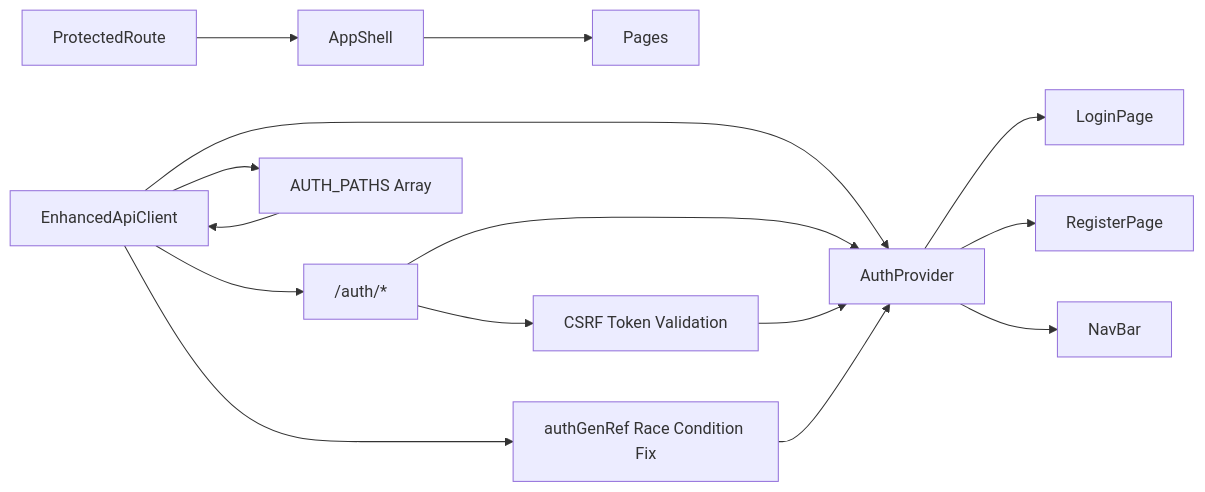
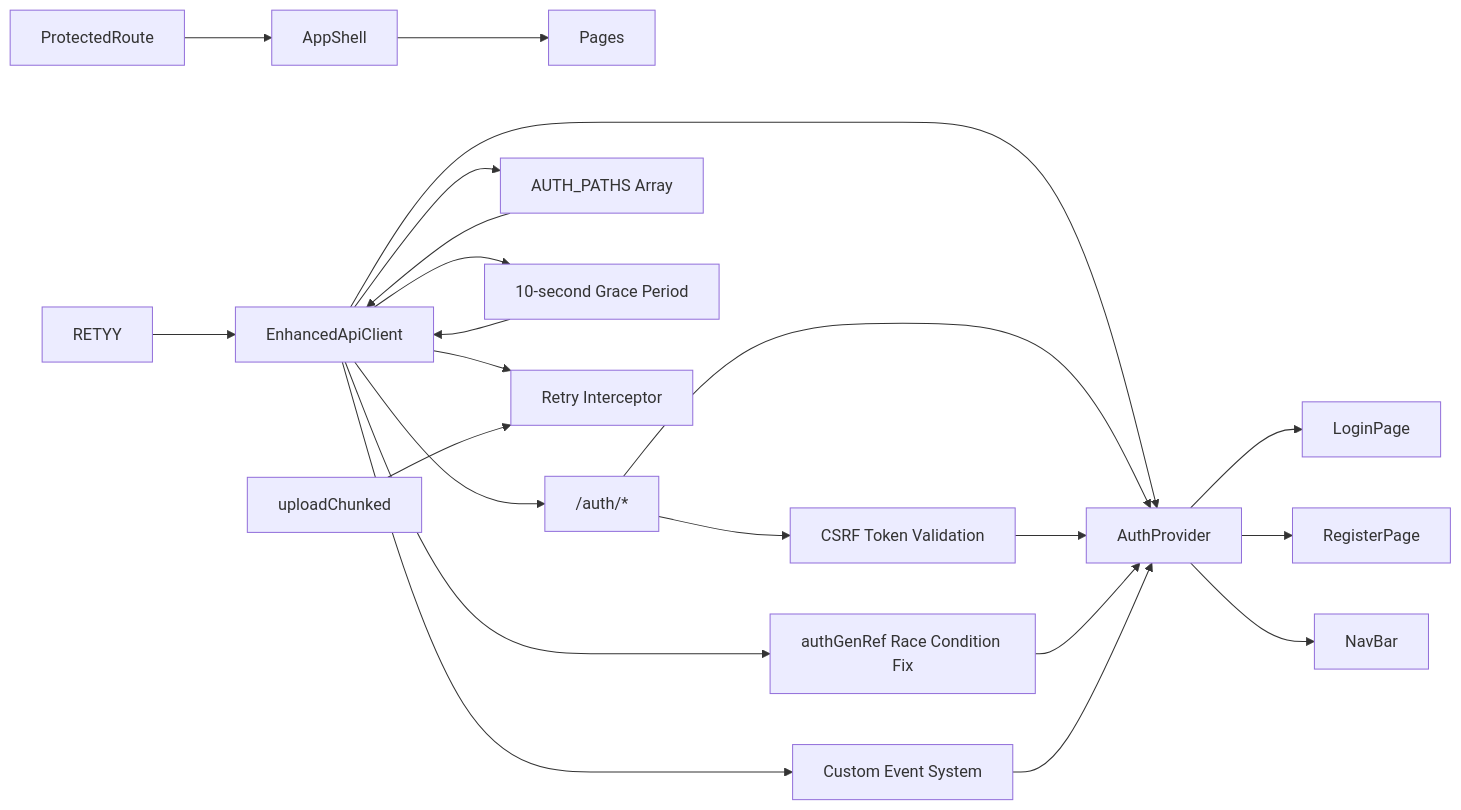
Diagram 13 of 13 in .qoder/repowiki/en/content/Authentication & Authorization/Frontend Authentication Context.md (Revanththetalogics/aireume), drawn with Mermaid before and after one commit. The commit also changed other lines of this file and 15 other files, not shown here.

````diff
--- a/.qoder/repowiki/en/content/Authentication & Authorization/Frontend Authentication Context.md
+++ b/.qoder/repowiki/en/content/Authentication & Authorization/Frontend Authentication Context.md
@@ -475,17 +603,24 @@
 ```mermaid
 graph LR
 AuthProvider --> LoginPage
 AuthProvider --> RegisterPage
 AuthProvider --> NavBar
 ProtectedRoute --> AppShell
 AppShell --> Pages
 EnhancedApiClient --> AuthProvider
 EnhancedApiClient --> BackendAuth["/auth/*"]
 EnhancedApiClient --> AUTH_PATHS["AUTH_PATHS Array"]
 EnhancedApiClient --> RACE["authGenRef Race Condition Fix"]
+EnhancedApiClient --> GRACE["10-second Grace Period"]
+EnhancedApiClient --> RETRY["Retry Interceptor"]
+EnhancedApiClient --> CUSTOM["Custom Event System"]
+uploadChunked --> RETRY
 BackendAuth --> AuthProvider
 BackendAuth --> CSRF["CSRF Token Validation"]
 CSRF --> AuthProvider
 AUTH_PATHS --> EnhancedApiClient
 RACE --> AuthProvider
+GRACE --> EnhancedApiClient
+CUSTOM --> AuthProvider
+RETYY --> EnhancedApiClient
 ```
````
